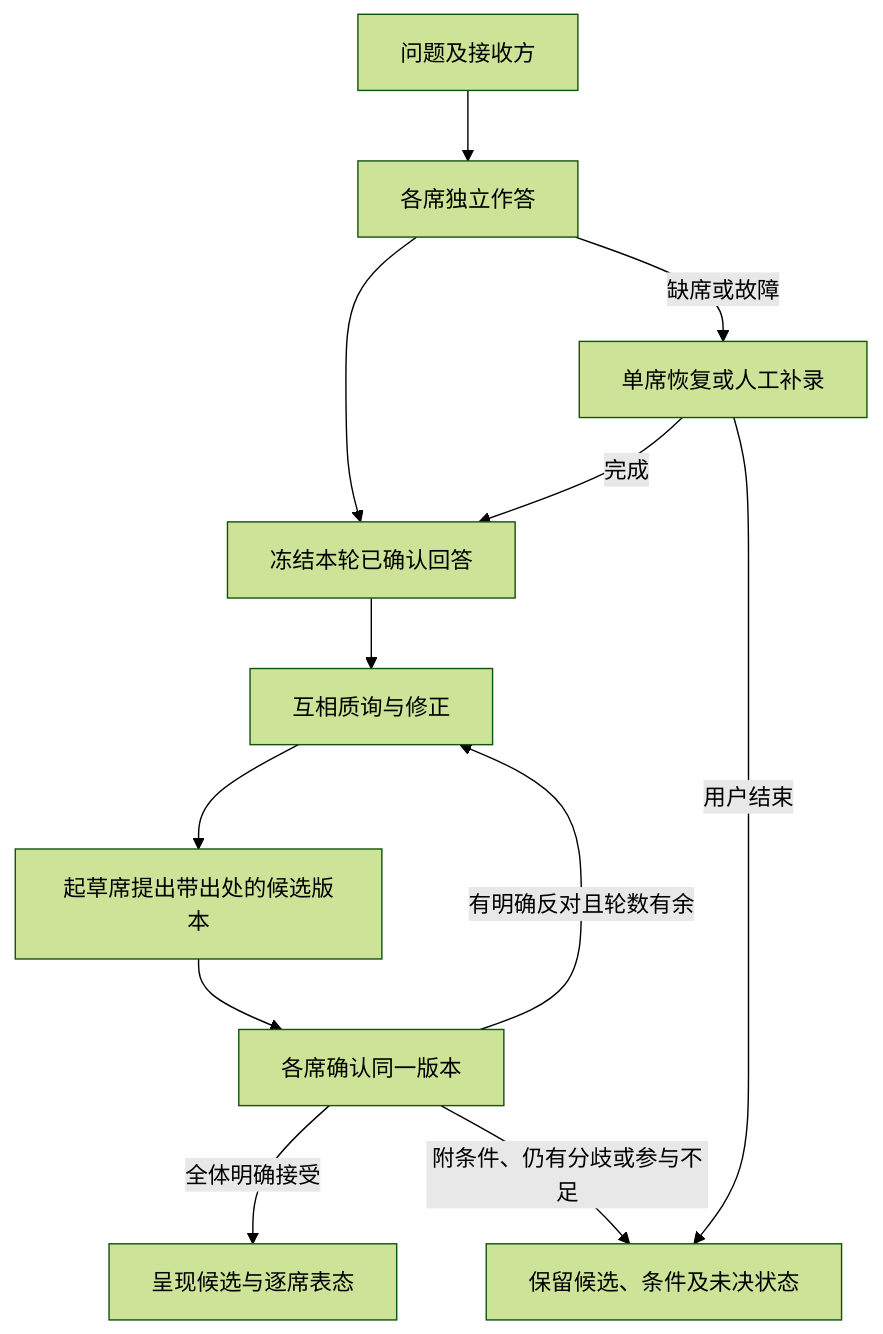
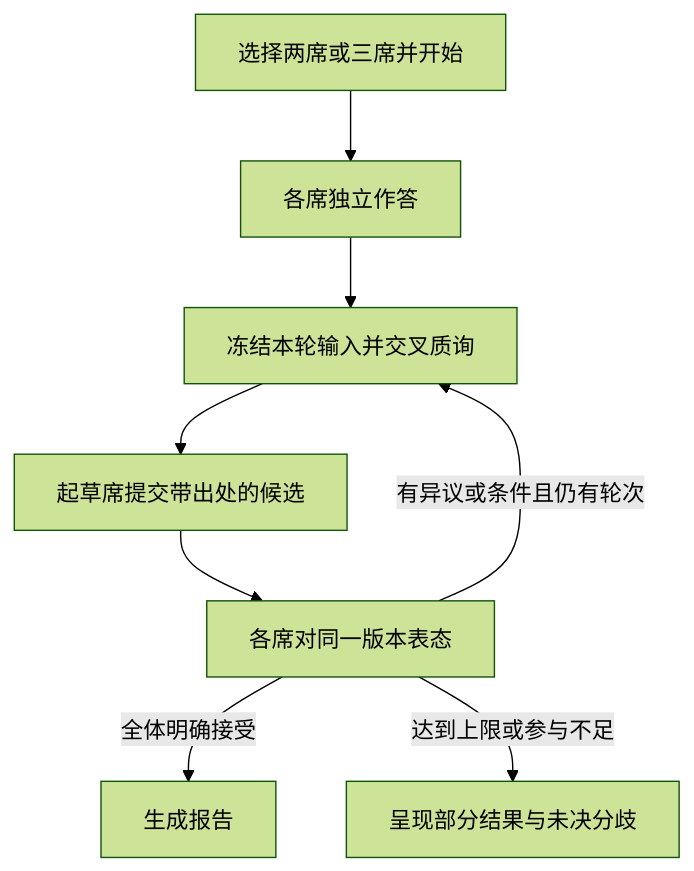
Before and after one commit to zhouchangju/ai-arena: the diagram in docs/technical-design.md, drawn with Mermaid (forest theme). The commit also changed other lines of this file and 11 other files, not shown here.

````diff
--- a/docs/technical-design.md
+++ b/docs/technical-design.md
@@ -39,14 +20,10 @@
 ```mermaid
 flowchart TD
-    Q[问题及接收方] --> I[各席独立作答]
-    I --> F[冻结本轮已确认回答]
-    F --> X[互相质询与修正]
-    X --> C[起草席提出带出处的候选版本]
-    C --> V[各席确认同一版本]
-    V -->|全体明确接受| R[呈现候选与逐席表态]
-    V -->|有明确反对且轮数有余| X
-    V -->|附条件、仍有分歧或参与不足| H[保留候选、条件及未决状态]
-    I -->|缺席或故障| P[单席恢复或人工补录]
-    P -->|完成| F
-    P -->|用户结束| H
+    Q[选择两席或三席并开始] --> I[各席独立作答]
+    I --> X[冻结本轮输入并交叉质询]
+    X --> C[起草席提交带出处的候选]
+    C --> V[各席对同一版本表态]
+    V -->|全体明确接受| R[生成报告]
+    V -->|有异议或条件且仍有轮次| X
+    V -->|达到上限或参与不足| H[呈现部分结果与未决分歧]
 ```
````
